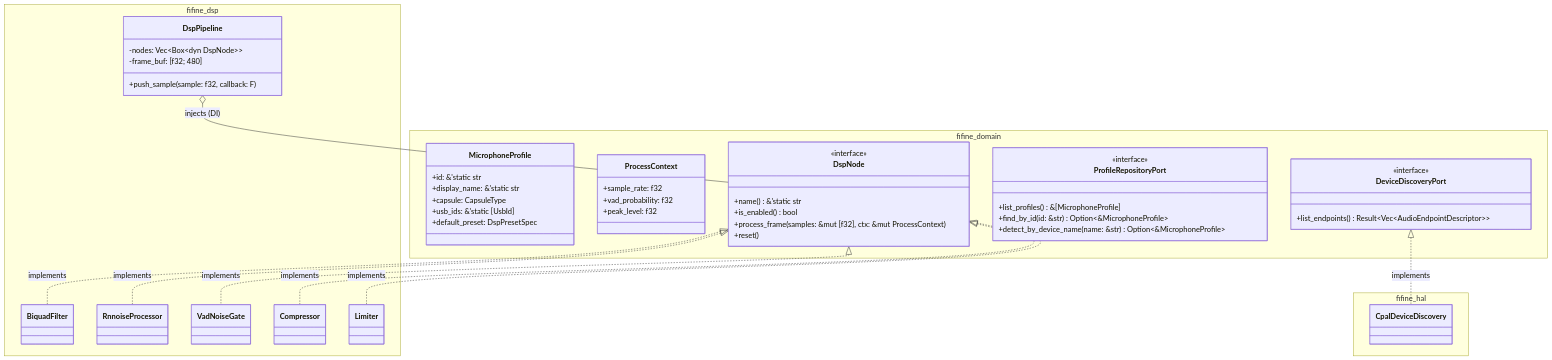
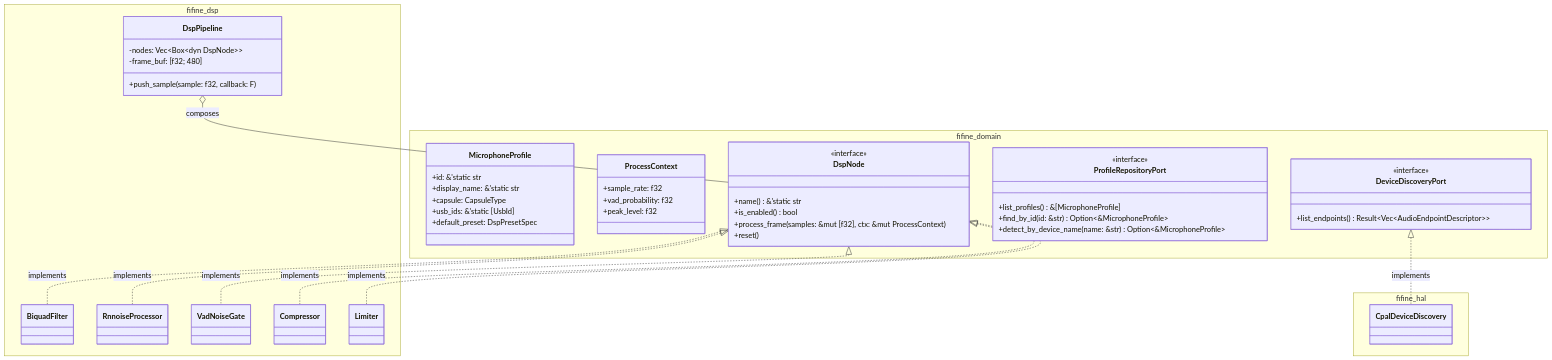
The first of 2 diagrams in docs/ISO_IEC_IEEE_42010_ARCHITECTURE.md (Takatochi/fifine-dsp), drawn with Mermaid before and after one commit. The commit also changed other lines of this file and 1 other file, not shown here.

Commit message:
docs: remove buzzwords from README and architecture specification

````diff
--- a/docs/ISO_IEC_IEEE_42010_ARCHITECTURE.md
+++ b/docs/ISO_IEC_IEEE_42010_ARCHITECTURE.md
@@ -49,61 +49,61 @@
 ```mermaid
 classDiagram
     direction TB
 
     namespace fifine_domain {
         class MicrophoneProfile {
             +id: &'static str
             +display_name: &'static str
             +capsule: CapsuleType
             +usb_ids: &'static [UsbId]
             +default_preset: DspPresetSpec
         }
         class ProcessContext {
             +sample_rate: f32
             +vad_probability: f32
             +peak_level: f32
         }
         class DspNode {
             <<interface>>
             +name() &'static str
             +is_enabled() bool
             +process_frame(samples: &mut [f32], ctx: &mut ProcessContext)
             +reset()
         }
         class ProfileRepositoryPort {
             <<interface>>
             +list_profiles() &[MicrophoneProfile]
             +find_by_id(id: &str) Option~&MicrophoneProfile~
             +detect_by_device_name(name: &str) Option~&MicrophoneProfile~
         }
         class DeviceDiscoveryPort {
             <<interface>>
             +list_endpoints() Result~Vec~AudioEndpointDescriptor~~
         }
     }
 
     namespace fifine_dsp {
         class DspPipeline {
             -nodes: Vec~Box~dyn DspNode~~
             -frame_buf: [f32; 480]
             +push_sample(sample: f32, callback: F)
         }
         class BiquadFilter
         class RnnoiseProcessor
         class VadNoiseGate
         class Compressor
         class Limiter
     }
 
     namespace fifine_hal {
         class CpalDeviceDiscovery
     }
 
     DspNode <|.. BiquadFilter : implements
     DspNode <|.. RnnoiseProcessor : implements
     DspNode <|.. VadNoiseGate : implements
     DspNode <|.. Compressor : implements
     DspNode <|.. Limiter : implements
-    DspPipeline o-- DspNode : injects (DI)
+    DspPipeline o-- DspNode : composes
     DeviceDiscoveryPort <|.. CpalDeviceDiscovery : implements
 ```
````
